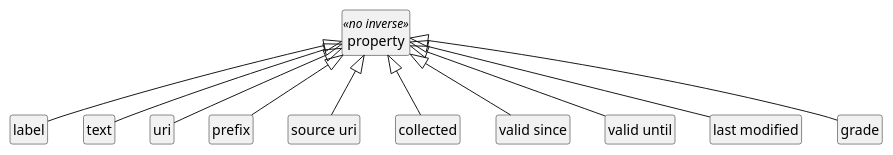
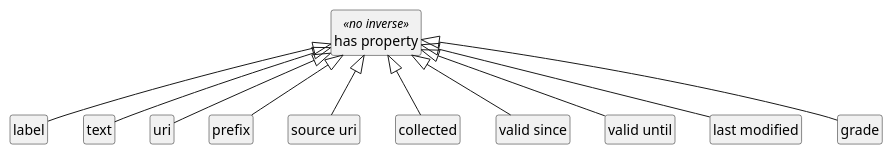
The third of 3 diagrams in site/spec/ddot-it-vocabulary.adoc (Calpano/ddot.it), drawn with PlantUML before and after one commit. The commit also changed other lines of this file and 2 other files, not shown here.

```diff
--- a/site/spec/ddot-it-vocabulary.adoc
+++ b/site/spec/ddot-it-vocabulary.adoc
@@ -576,31 +698,31 @@
 [plantuml]
 ....
 hide empty members
 hide circle
 
-class property <<no inverse>>
+class has_property as "has property" <<no inverse>>
 
 class label
 class text
 class uri
 class prefix
 
 ' === provenance, see the Provenance section
 class source_uri as "source uri"
 class collected
 class valid_since as "valid since"
 class valid_until as "valid until"
 class last_modified as "last modified"
 class grade
 
-property <|-- label
-property <|-- text
-property <|-- uri
-property <|-- prefix
-property <|-- source_uri
-property <|-- collected
-property <|-- valid_since
-property <|-- valid_until
-property <|-- last_modified
-property <|-- grade
+has_property <|-- label
+has_property <|-- text
+has_property <|-- uri
+has_property <|-- prefix
+has_property <|-- source_uri
+has_property <|-- collected
+has_property <|-- valid_since
+has_property <|-- valid_until
+has_property <|-- last_modified
+has_property <|-- grade
 ....
```
